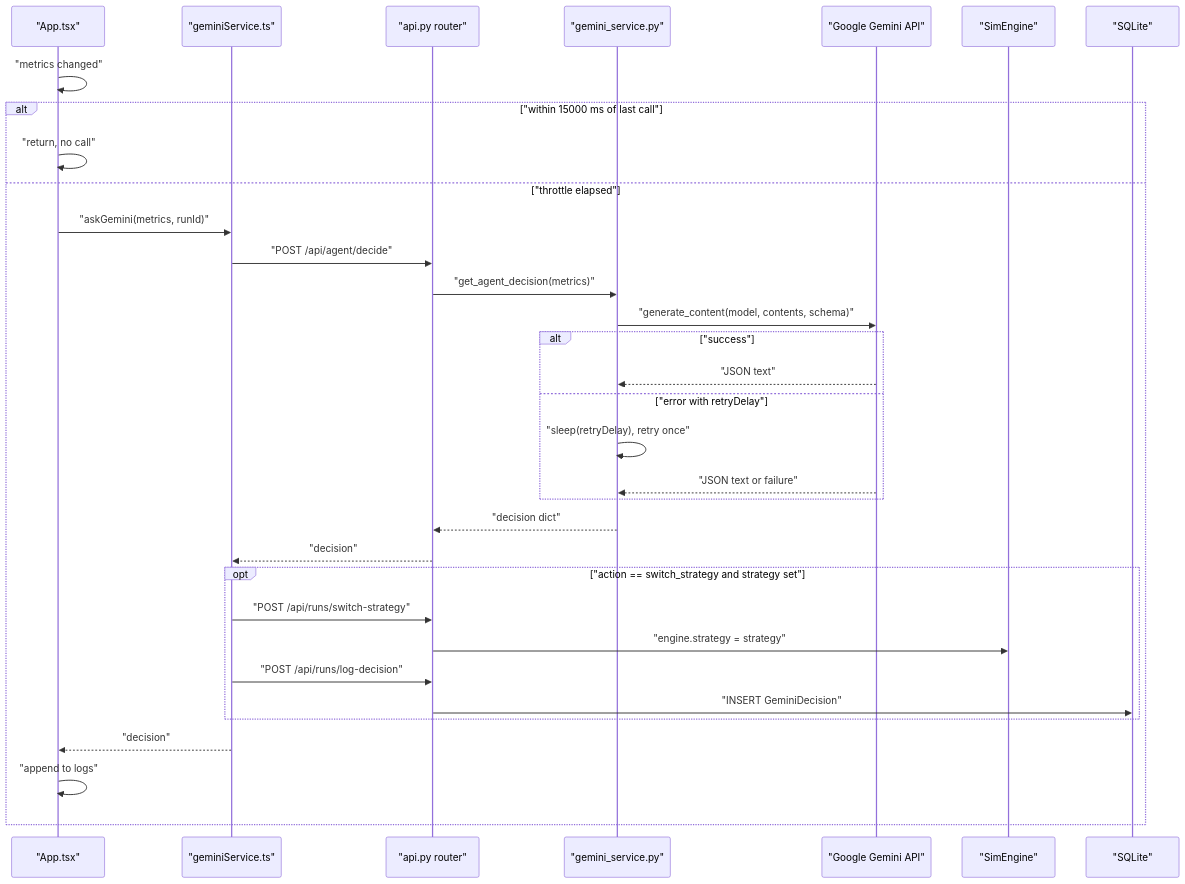
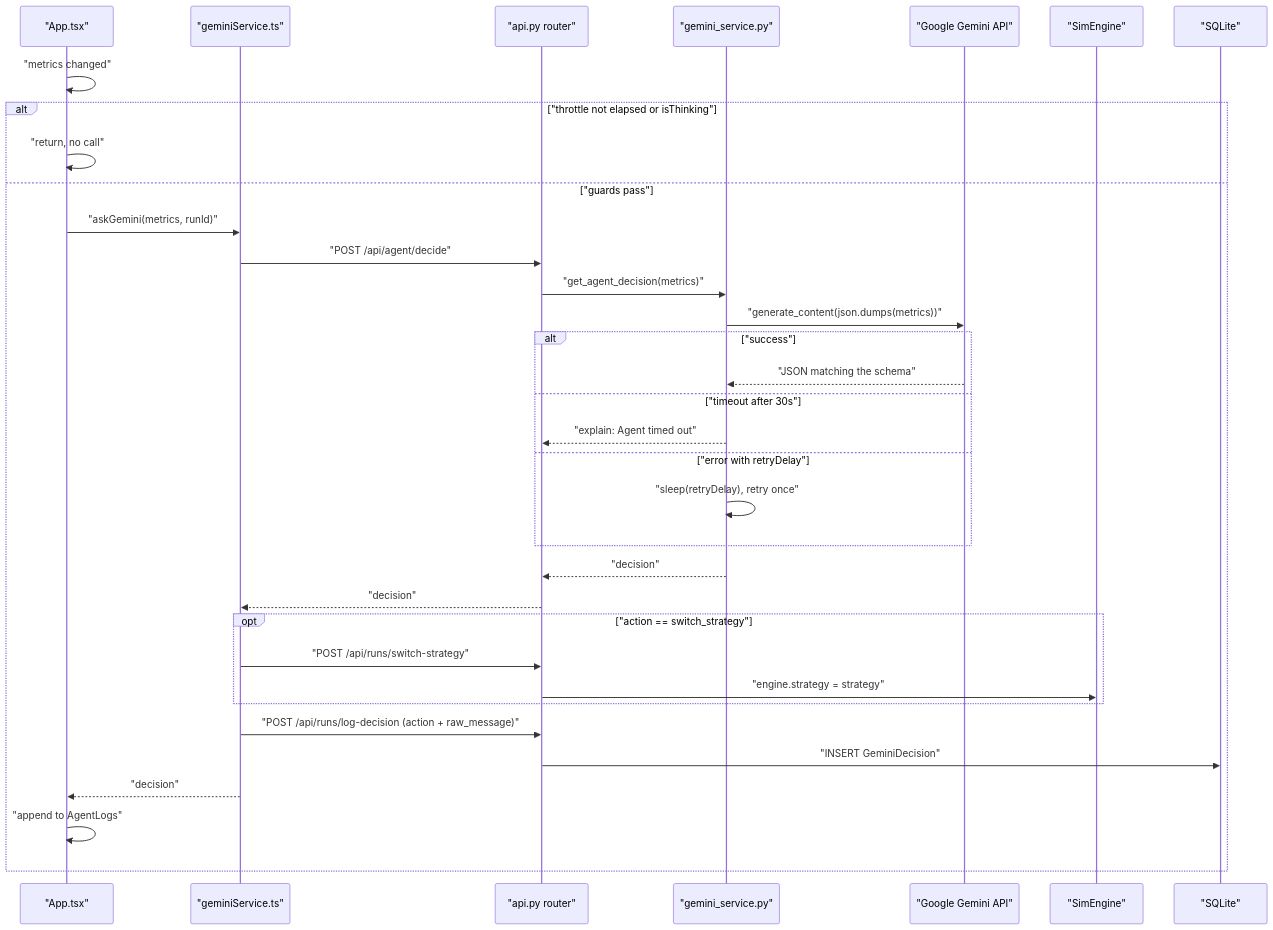
The third of 7 diagrams in README.md (ashmeenkhaira/SchedulerAI-orchestrator), drawn with Mermaid before and after one commit. The commit also changed other lines of this file, not shown here.

````diff
--- a/README.md
+++ b/README.md
@@ -858,36 +572,37 @@
 ```mermaid
 sequenceDiagram
     participant App as "App.tsx"
     participant GS as "geminiService.ts"
     participant Router as "api.py router"
     participant Svc as "gemini_service.py"
     participant Gemini as "Google Gemini API"
     participant Engine as "SimEngine"
     participant DB as "SQLite"
 
     App->>App: "metrics changed"
-    alt "within 15000 ms of last call"
+    alt "throttle not elapsed or isThinking"
         App->>App: "return, no call"
-    else "throttle elapsed"
+    else "guards pass"
         App->>GS: "askGemini(metrics, runId)"
         GS->>Router: "POST /api/agent/decide"
         Router->>Svc: "get_agent_decision(metrics)"
-        Svc->>Gemini: "generate_content(model, contents, schema)"
+        Svc->>Gemini: "generate_content(json.dumps(metrics))"
         alt "success"
-            Gemini-->>Svc: "JSON text"
+            Gemini-->>Svc: "JSON matching the schema"
+        else "timeout after 30s"
+            Svc-->>Router: "explain: Agent timed out"
         else "error with retryDelay"
             Svc->>Svc: "sleep(retryDelay), retry once"
-            Gemini-->>Svc: "JSON text or failure"
         end
-        Svc-->>Router: "decision dict"
+        Svc-->>Router: "decision"
         Router-->>GS: "decision"
-        opt "action == switch_strategy and strategy set"
+        opt "action == switch_strategy"
             GS->>Router: "POST /api/runs/switch-strategy"
             Router->>Engine: "engine.strategy = strategy"
-            GS->>Router: "POST /api/runs/log-decision"
-            Router->>DB: "INSERT GeminiDecision"
         end
+        GS->>Router: "POST /api/runs/log-decision (action + raw_message)"
+        Router->>DB: "INSERT GeminiDecision"
         GS-->>App: "decision"
-        App->>App: "append to logs"
+        App->>App: "append to AgentLogs"
     end
 ```
````
